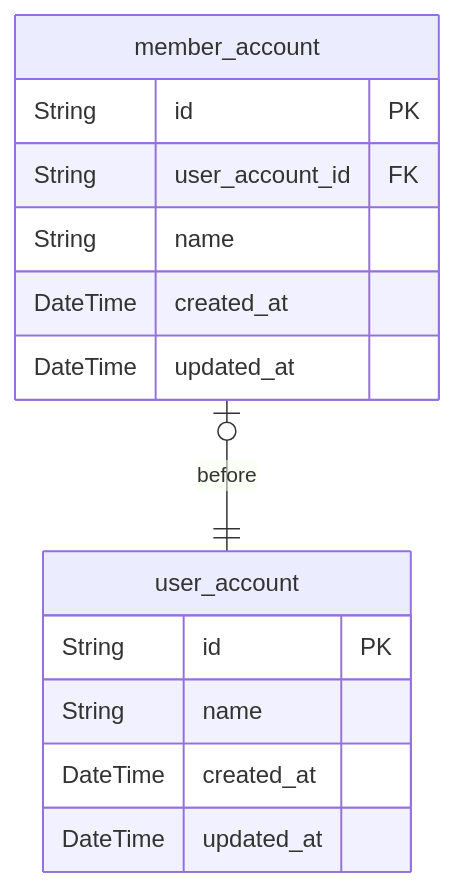
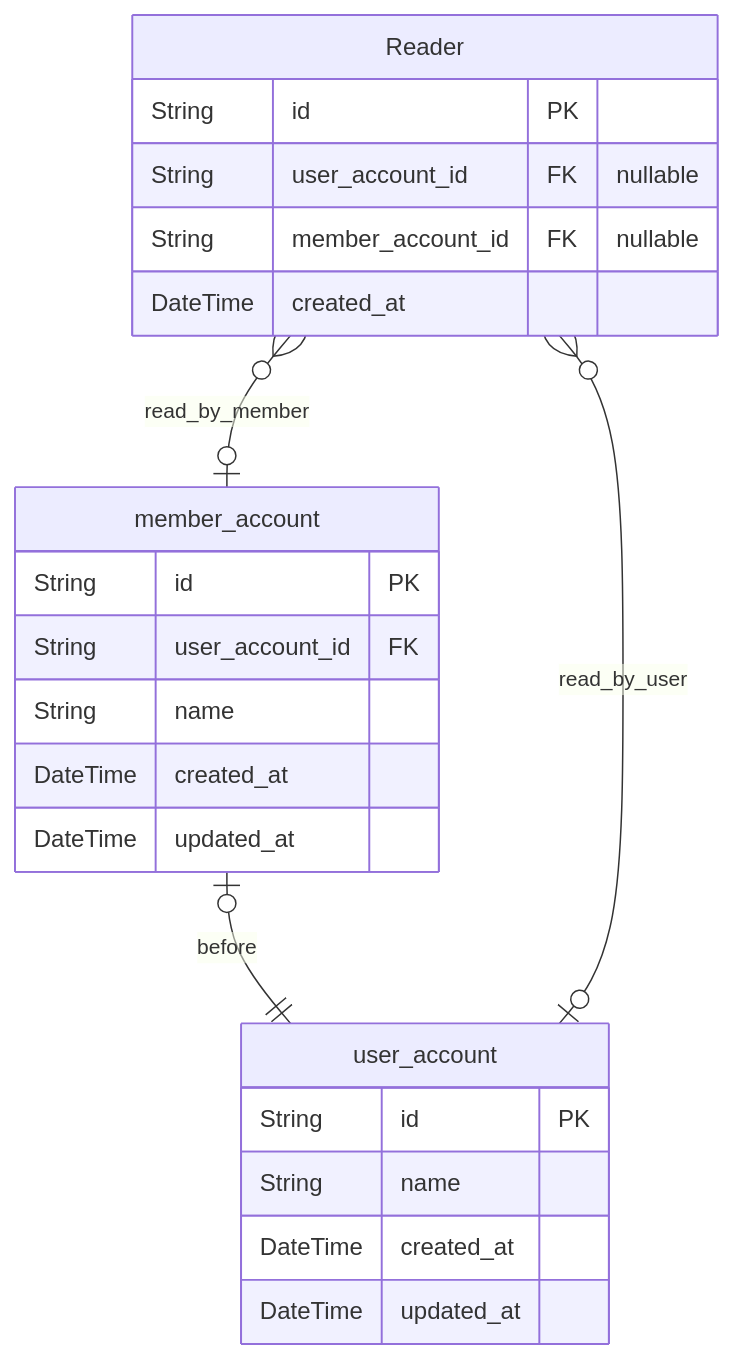
One commit to Mailly-Project/Mailly-BE changed the diagram in docs/ERD.md. Above: the diagram before and after it, drawn with Mermaid. The commit also changed other lines of this file and 1 other file, not shown here.

Commit message:
feat: reader actor

````diff
--- a/docs/ERD.md
+++ b/docs/ERD.md
@@ -7,17 +7,25 @@
 ```mermaid
 erDiagram
 "user_account" {
   String id PK
   String name
   DateTime created_at
   DateTime updated_at
 }
 "member_account" {
   String id PK
   String user_account_id FK
   String name
   DateTime created_at
   DateTime updated_at
 }
+"Reader" {
+  String id PK
+  String user_account_id FK "nullable"
+  String member_account_id FK "nullable"
+  DateTime created_at
+}
 "member_account" |o--|| "user_account" : before
+"Reader" }o--o| "user_account" : read_by_user
+"Reader" }o--o| "member_account" : read_by_member
 ```
````
